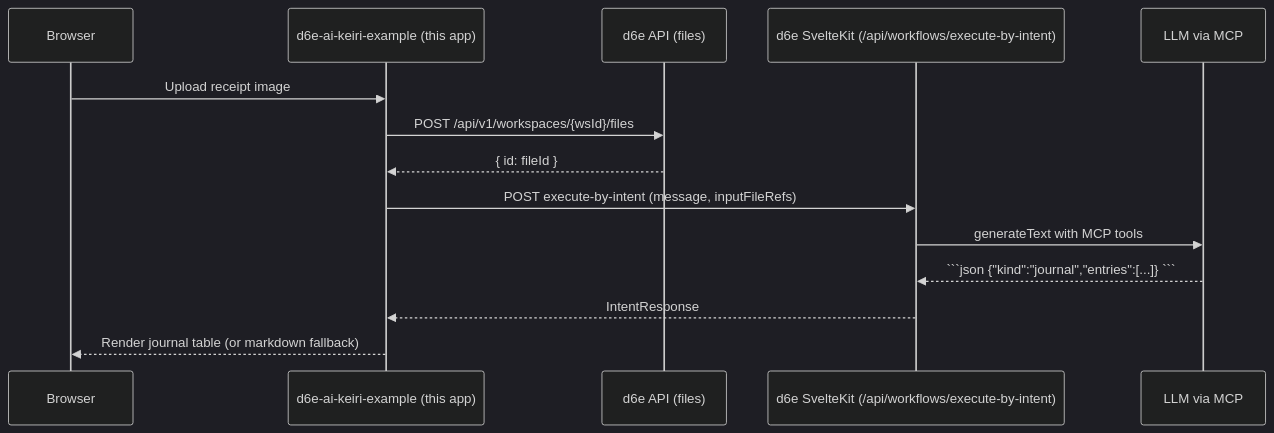
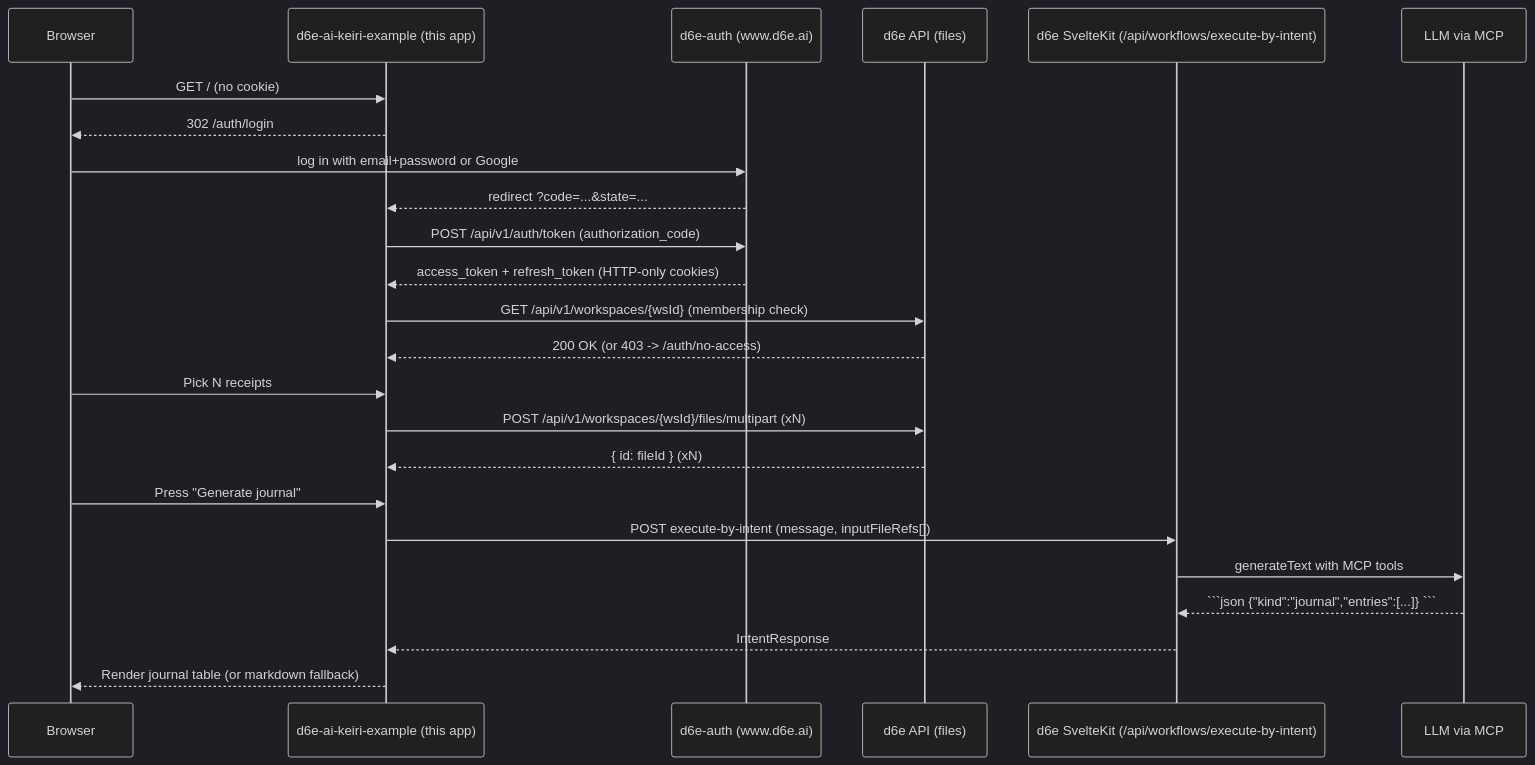
Before and after one commit to d6e-ai/d6e-ai-keiri-example: the diagram in README.md, drawn with Mermaid (dark theme). The commit also changed other lines of this file and 34 other files, not shown here.

First line of the commit message:
Add OAuth user login and multi-file receipt upload

`````diff
--- a/README.md
+++ b/README.md
@@ -14,17 +16,28 @@
 ````mermaid
 sequenceDiagram
     participant User as Browser
     participant App as d6e-ai-keiri-example (this app)
+    participant Auth as d6e-auth (www.d6e.ai)
     participant Files as d6e API (files)
     participant Intent as d6e SvelteKit (/api/workflows/execute-by-intent)
     participant LLM as LLM via MCP
 
-    User->>App: Upload receipt image
-    App->>Files: POST /api/v1/workspaces/{wsId}/files
-    Files-->>App: { id: fileId }
-    App->>Intent: POST execute-by-intent (message, inputFileRefs)
+    User->>App: GET / (no cookie)
+    App-->>User: 302 /auth/login
+    User->>Auth: log in with email+password or Google
+    Auth-->>App: redirect ?code=...&state=...
+    App->>Auth: POST /api/v1/auth/token (authorization_code)
+    Auth-->>App: access_token + refresh_token (HTTP-only cookies)
+    App->>Files: GET /api/v1/workspaces/{wsId} (membership check)
+    Files-->>App: 200 OK (or 403 -> /auth/no-access)
+
+    User->>App: Pick N receipts
+    App->>Files: POST /api/v1/workspaces/{wsId}/files/multipart (xN)
+    Files-->>App: { id: fileId } (xN)
+    User->>App: Press "Generate journal"
+    App->>Intent: POST execute-by-intent (message, inputFileRefs[])
     Intent->>LLM: generateText with MCP tools
     LLM-->>Intent: ```json {"kind":"journal","entries":[...]} ```
     Intent-->>App: IntentResponse
     App-->>User: Render journal table (or markdown fallback)
 ````
`````
